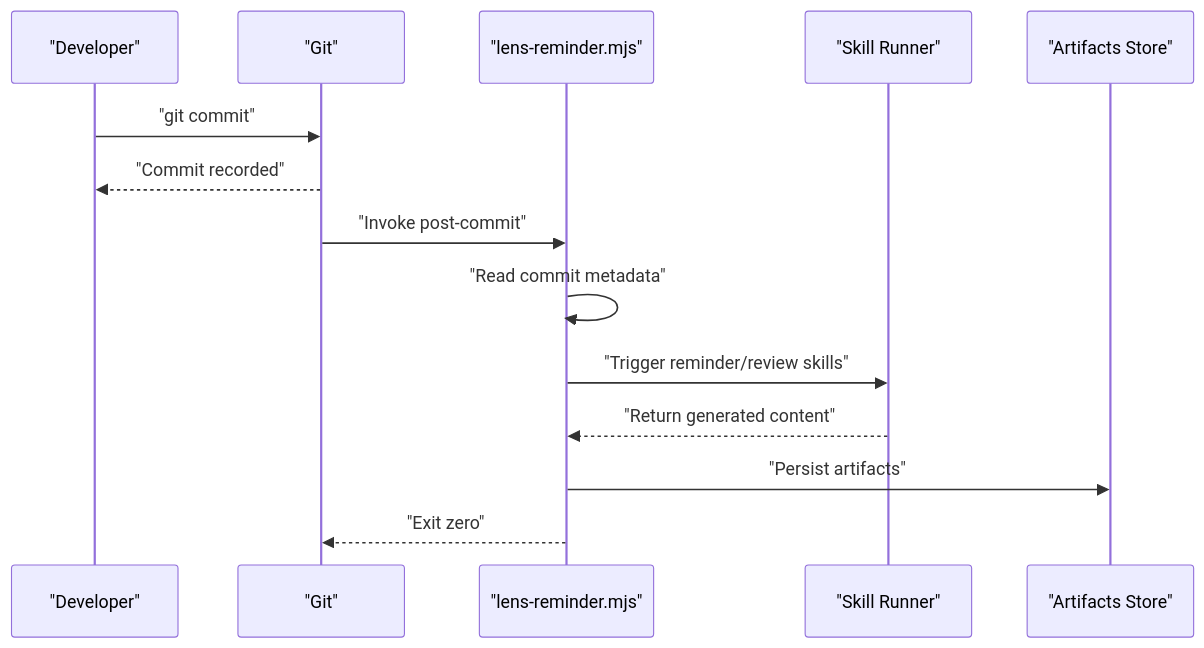
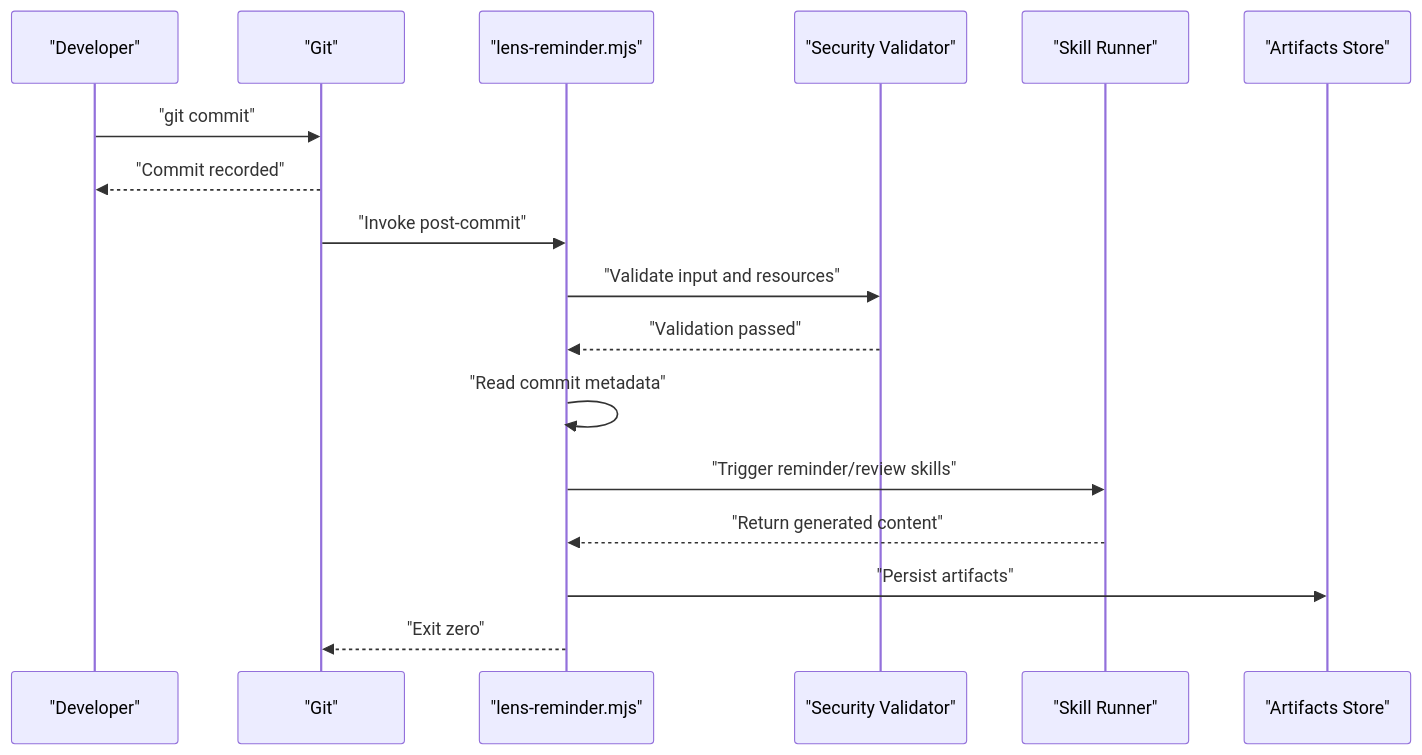
Before and after one commit to Sherlock-Shi/pi-codex-kit: the fifth of 8 diagrams in .qoder/repowiki/en/content/Core Architecture/Hook System Architecture.md, drawn with Mermaid. The commit also changed other lines of this file and 47 other files, not shown here.

````diff
--- a/.qoder/repowiki/en/content/Core Architecture/Hook System Architecture.md
+++ b/.qoder/repowiki/en/content/Core Architecture/Hook System Architecture.md
@@ -182,16 +252,19 @@
 ```mermaid
 sequenceDiagram
 participant Dev as "Developer"
 participant Git as "Git"
 participant Hook as "lens-reminder.mjs"
+participant Validator as "Security Validator"
 participant Skill as "Skill Runner"
 participant Artifacts as "Artifacts Store"
 Dev->>Git : "git commit"
 Git-->>Dev : "Commit recorded"
 Git->>Hook : "Invoke post-commit"
+Hook->>Validator : "Validate input and resources"
+Validator-->>Hook : "Validation passed"
 Hook->>Hook : "Read commit metadata"
 Hook->>Skill : "Trigger reminder/review skills"
 Skill-->>Hook : "Return generated content"
 Hook->>Artifacts : "Persist artifacts"
 Hook-->>Git : "Exit zero"
 ```
````
